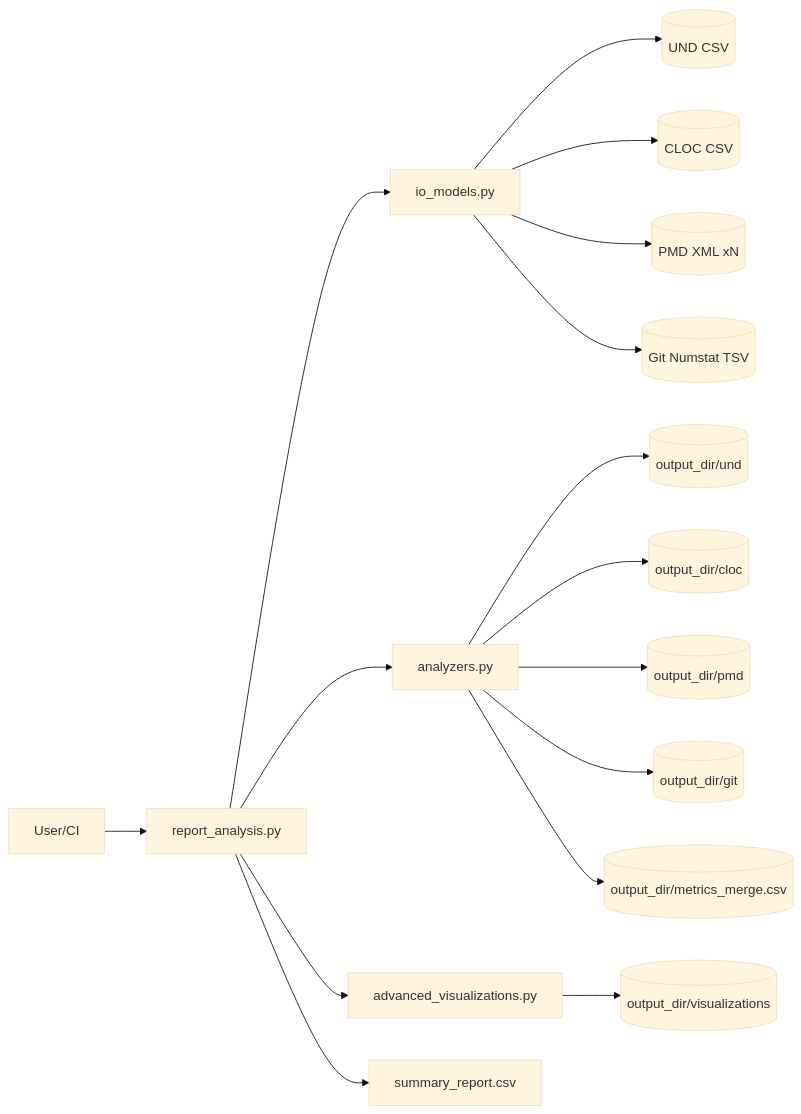
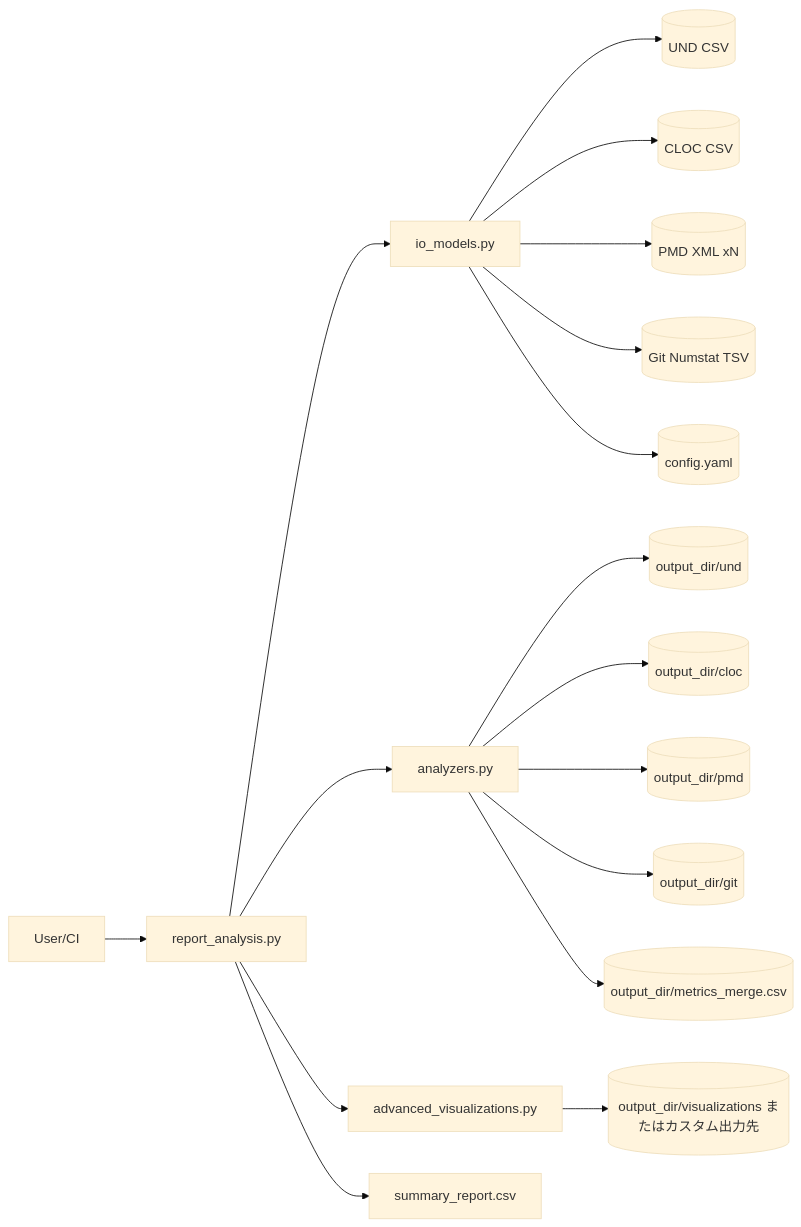
One commit to yskforest/report_analysis changed the first of 5 diagrams in docs/design.md. Above: the diagram before and after it, drawn with Mermaid (base theme). The commit also changed other lines of this file and 14 other files, not shown here.

Commit message:
feat: add YAML-based configuration for flexible custom visualizations via treemap and pie chart types

````diff
--- a/docs/design.md
+++ b/docs/design.md
@@ -77,21 +82,22 @@
 ```mermaid
 flowchart LR
     User[User/CI] --> RA[report_analysis.py]
 
     RA --> IO[io_models.py]
     RA --> AN[analyzers.py]
     RA --> AV[advanced_visualizations.py]
     RA --> SUM[summary_report.csv]
 
     IO --> IN1[(UND CSV)]
     IO --> IN2[(CLOC CSV)]
     IO --> IN3[(PMD XML xN)]
     IO --> IN4[(Git Numstat TSV)]
+    IO --> CONF[(config.yaml)]
 
     AN --> O1[(output_dir/und)]
     AN --> O2[(output_dir/cloc)]
     AN --> O3[(output_dir/pmd)]
     AN --> O4[(output_dir/git)]
     AN --> O5[(output_dir/metrics_merge.csv)]
-    AV --> O6[(output_dir/visualizations)]
+    AV --> O6[(output_dir/visualizations またはカスタム出力先)]
 ```
````
